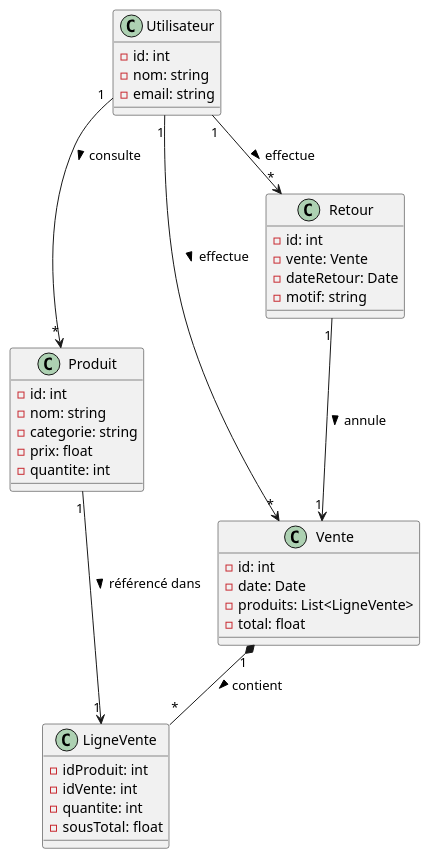
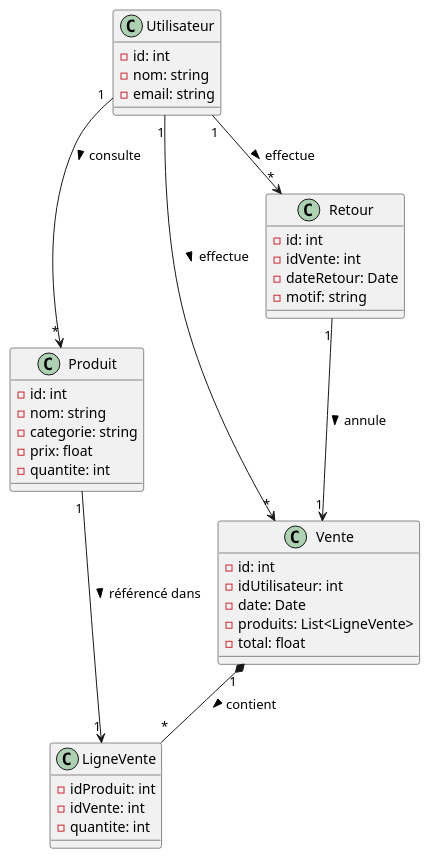
The diagram in docs/UML/diagrammeClasses.puml (Anass1707/LOG430-labos), drawn with PlantUML before and after one commit. The commit also changed 7 other files, not shown here.

```diff
--- a/docs/UML/diagrammeClasses.puml
+++ b/docs/UML/diagrammeClasses.puml
@@ -1,43 +1,43 @@
 @startuml DiagrammeClasses
 
 class Utilisateur {
   - id: int
   - nom: string
   - email: string
 }
 class Produit {
   - id: int
   - nom: string
   - categorie: string
   - prix: float
   - quantite: int
 }
 
 class LigneVente {
   - idProduit: int
   - idVente: int
   - quantite: int
-  - sousTotal: float
 }
 
 class Vente {
   - id: int
+  - idUtilisateur: int
   - date: Date
   - produits: List<LigneVente>
   - total: float
 }
 
 class Retour {
   - id: int
-  - vente: Vente
+  - idVente: int
   - dateRetour: Date
   - motif: string
 }
 
 Produit "1" --> "1" LigneVente : référencé dans >
 Vente "1" *-- "*" LigneVente : contient >
 Retour "1" --> "1" Vente : annule >
 Utilisateur "1" --> "*" Vente : effectue >
 Utilisateur "1" --> "*" Retour : effectue >
 Utilisateur "1" --> "*" Produit : consulte >
 @enduml
```
